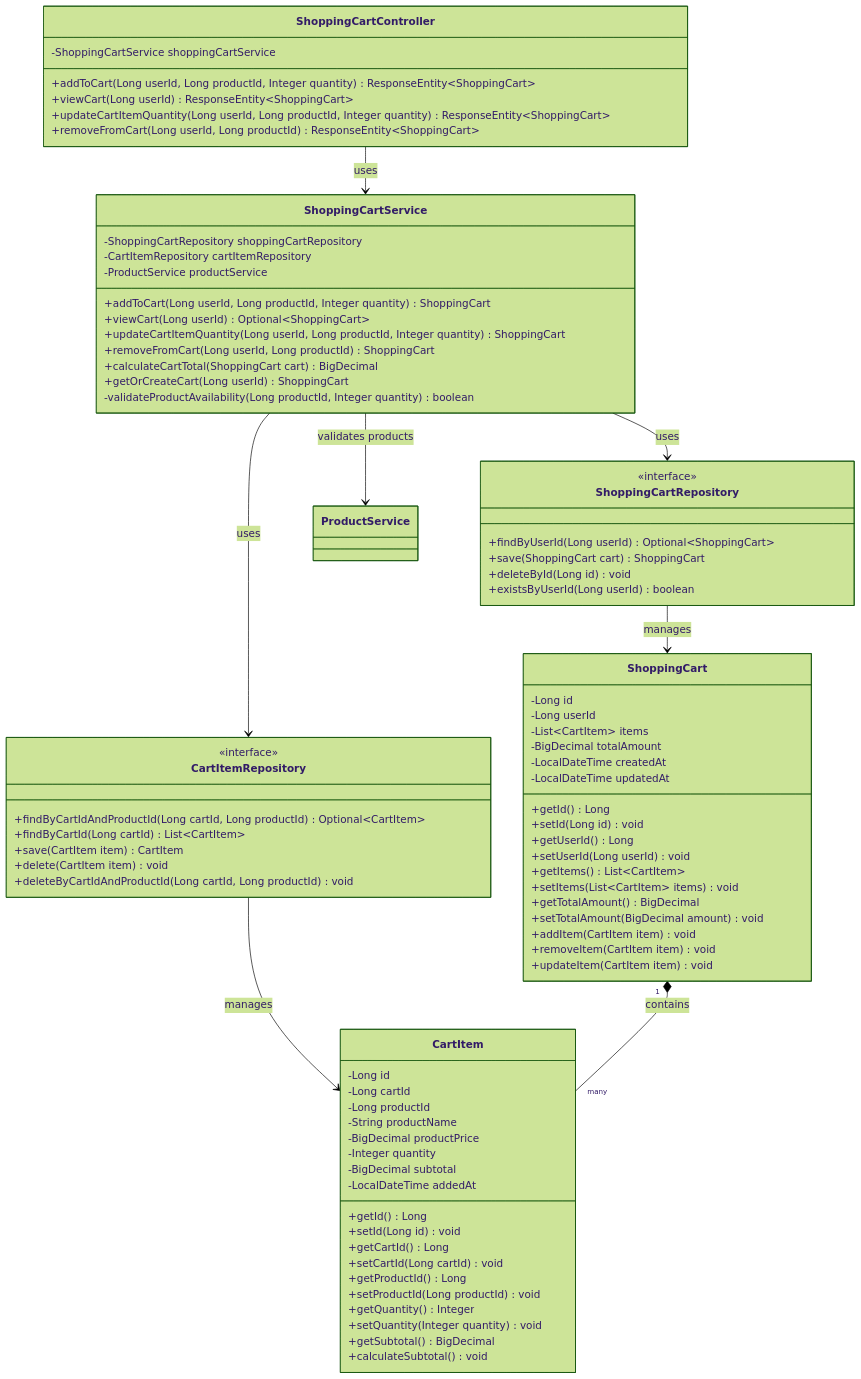
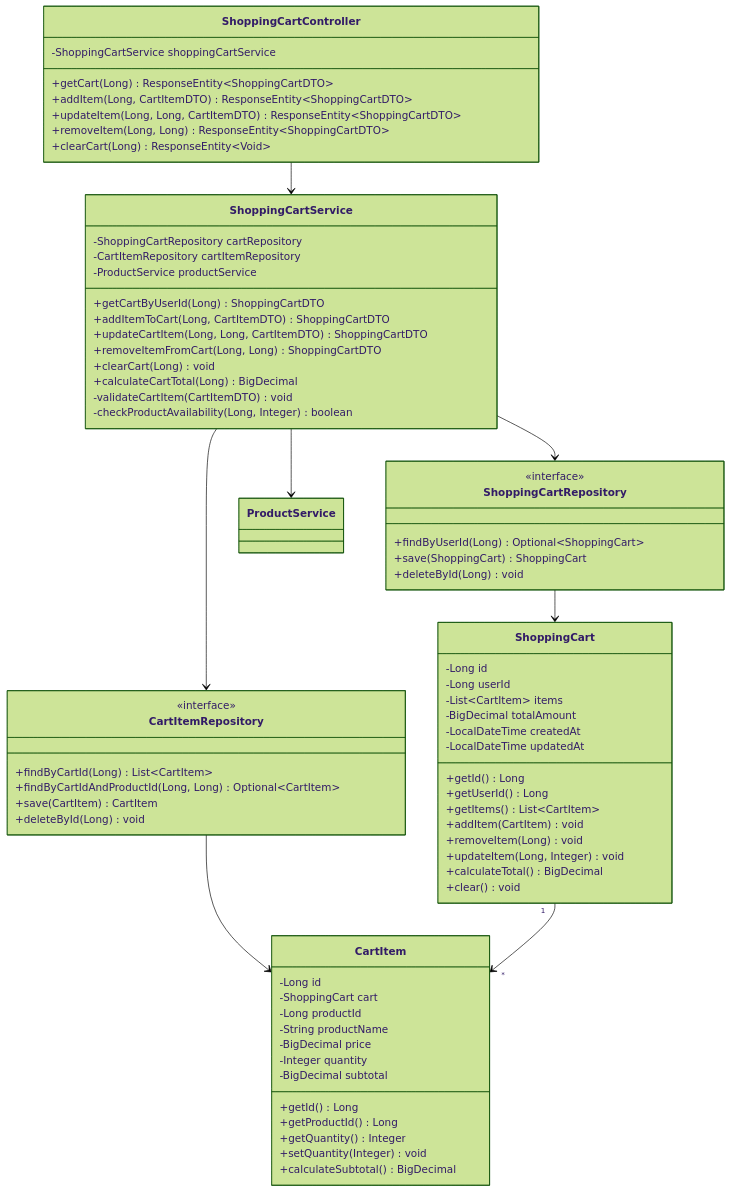
One commit to NavneetBN47/aava-ecom-demo changed the sixth of 23 diagrams in docs/LLD/modified_lld.md. Above: the diagram before and after it, drawn with Mermaid (forest theme). The commit also changed other lines of this file, not shown here.

````diff
--- a/docs/LLD/modified_lld.md
+++ b/docs/LLD/modified_lld.md
@@ -321,40 +404,40 @@
 classDiagram
     class ShoppingCartController {
         -ShoppingCartService shoppingCartService
-        +addToCart(Long userId, Long productId, Integer quantity) ResponseEntity~ShoppingCart~
-        +viewCart(Long userId) ResponseEntity~ShoppingCart~
-        +updateCartItemQuantity(Long userId, Long productId, Integer quantity) ResponseEntity~ShoppingCart~
-        +removeFromCart(Long userId, Long productId) ResponseEntity~ShoppingCart~
+        +getCart(Long) ResponseEntity~ShoppingCartDTO~
+        +addItem(Long, CartItemDTO) ResponseEntity~ShoppingCartDTO~
+        +updateItem(Long, Long, CartItemDTO) ResponseEntity~ShoppingCartDTO~
+        +removeItem(Long, Long) ResponseEntity~ShoppingCartDTO~
+        +clearCart(Long) ResponseEntity~Void~
     }
     
     class ShoppingCartService {
-        -ShoppingCartRepository shoppingCartRepository
+        -ShoppingCartRepository cartRepository
         -CartItemRepository cartItemRepository
         -ProductService productService
-        +addToCart(Long userId, Long productId, Integer quantity) ShoppingCart
-        +viewCart(Long userId) Optional~ShoppingCart~
-        +updateCartItemQuantity(Long userId, Long productId, Integer quantity) ShoppingCart
-        +removeFromCart(Long userId, Long productId) ShoppingCart
-        +calculateCartTotal(ShoppingCart cart) BigDecimal
-        +getOrCreateCart(Long userId) ShoppingCart
-        -validateProductAvailability(Long productId, Integer quantity) boolean
+        +getCartByUserId(Long) ShoppingCartDTO
+        +addItemToCart(Long, CartItemDTO) ShoppingCartDTO
+        +updateCartItem(Long, Long, CartItemDTO) ShoppingCartDTO
+        +removeItemFromCart(Long, Long) ShoppingCartDTO
+        +clearCart(Long) void
+        +calculateCartTotal(Long) BigDecimal
+        -validateCartItem(CartItemDTO) void
+        -checkProductAvailability(Long, Integer) boolean
     }
     
     class ShoppingCartRepository {
         <<interface>>
-        +findByUserId(Long userId) Optional~ShoppingCart~
-        +save(ShoppingCart cart) ShoppingCart
-        +deleteById(Long id) void
-        +existsByUserId(Long userId) boolean
+        +findByUserId(Long) Optional~ShoppingCart~
+        +save(ShoppingCart) ShoppingCart
+        +deleteById(Long) void
     }
     
     class CartItemRepository {
         <<interface>>
-        +findByCartIdAndProductId(Long cartId, Long productId) Optional~CartItem~
-        +findByCartId(Long cartId) List~CartItem~
-        +save(CartItem item) CartItem
-        +delete(CartItem item) void
-        +deleteByCartIdAndProductId(Long cartId, Long productId) void
+        +findByCartId(Long) List~CartItem~
+        +findByCartIdAndProductId(Long, Long) Optional~CartItem~
+        +save(CartItem) CartItem
+        +deleteById(Long) void
     }
     
     class ShoppingCart {
@@ -365,44 +448,35 @@
         -LocalDateTime createdAt
         -LocalDateTime updatedAt
         +getId() Long
-        +setId(Long id) void
         +getUserId() Long
-        +setUserId(Long userId) void
         +getItems() List~CartItem~
-        +setItems(List~CartItem~ items) void
-        +getTotalAmount() BigDecimal
-        +setTotalAmount(BigDecimal amount) void
-        +addItem(CartItem item) void
-        +removeItem(CartItem item) void
-        +updateItem(CartItem item) void
+        +addItem(CartItem) void
+        +removeItem(Long) void
+        +updateItem(Long, Integer) void
+        +calculateTotal() BigDecimal
+        +clear() void
     }
     
     class CartItem {
         -Long id
-        -Long cartId
+        -ShoppingCart cart
         -Long productId
         -String productName
-        -BigDecimal productPrice
+        -BigDecimal price
         -Integer quantity
         -BigDecimal subtotal
-        -LocalDateTime addedAt
         +getId() Long
-        +setId(Long id) void
-        +getCartId() Long
-        +setCartId(Long cartId) void
         +getProductId() Long
-        +setProductId(Long productId) void
         +getQuantity() Integer
-        +setQuantity(Integer quantity) void
-        +getSubtotal() BigDecimal
-        +calculateSubtotal() void
+        +setQuantity(Integer) void
+        +calculateSubtotal() BigDecimal
     }
     
-    ShoppingCartController --> ShoppingCartService : uses
-    ShoppingCartService --> ShoppingCartRepository : uses
-    ShoppingCartService --> CartItemRepository : uses
-    ShoppingCartService --> ProductService : validates products
-    ShoppingCartRepository --> ShoppingCart : manages
-    CartItemRepository --> CartItem : manages
-    ShoppingCart "1" *-- "many" CartItem : contains
+    ShoppingCartController --> ShoppingCartService
+    ShoppingCartService --> ShoppingCartRepository
+    ShoppingCartService --> CartItemRepository
+    ShoppingCartService --> ProductService
+    ShoppingCartRepository --> ShoppingCart
+    CartItemRepository --> CartItem
+    ShoppingCart "1" --> "*" CartItem
 ```
````
